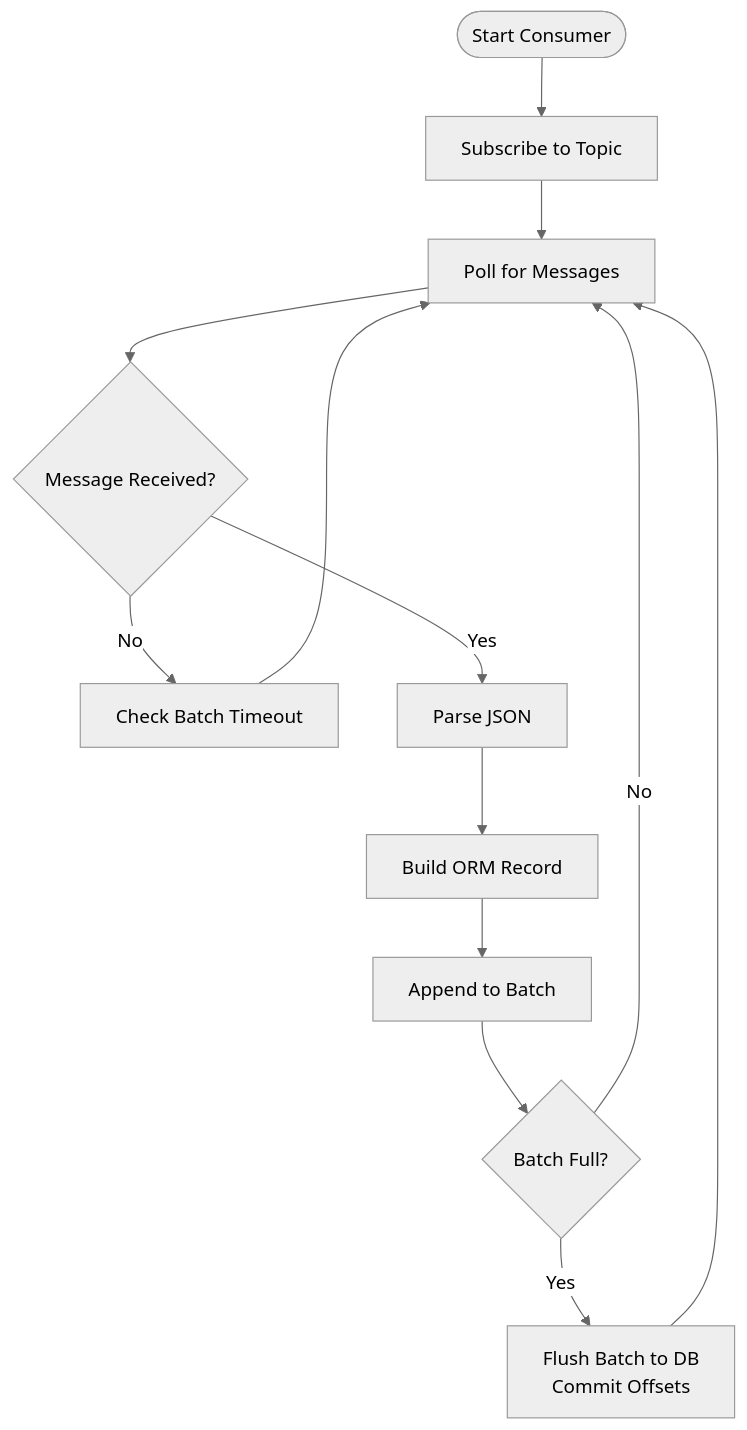
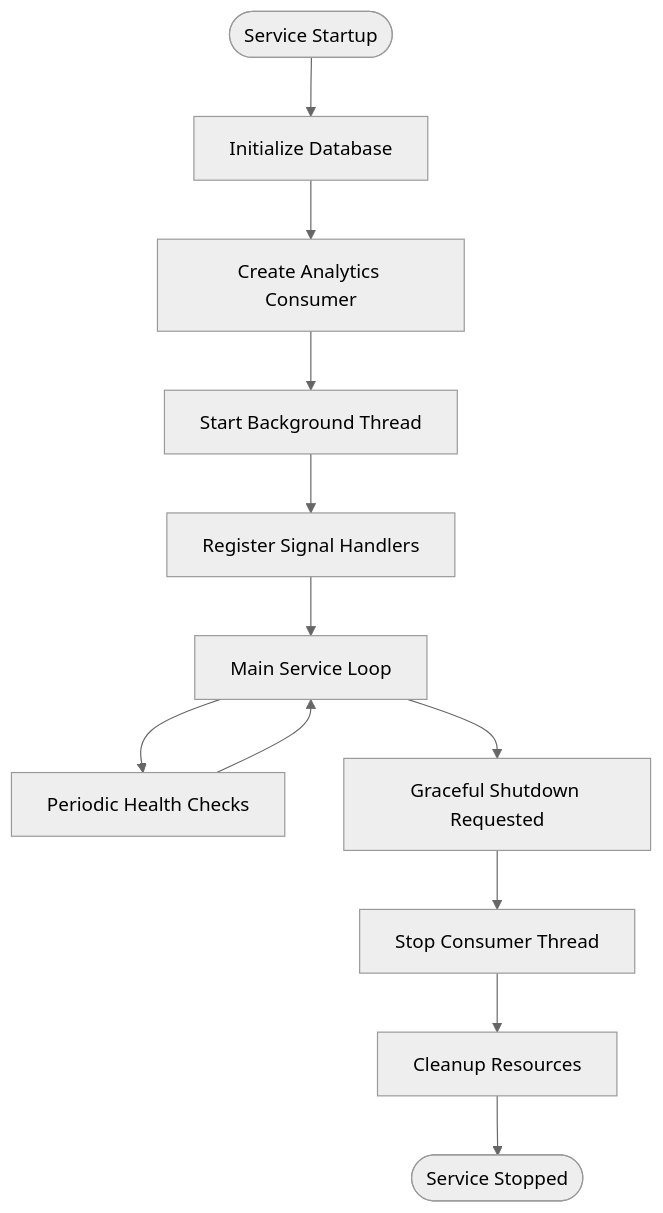
Before and after one commit to Azzoz-189/construction-equipment-monitoring: the fifth of 7 diagrams in .qoder/repowiki/en/content/Microservices Architecture/Microservices Architecture.md, drawn with Mermaid (neutral theme). The commit also changed other lines of this file and 6 other files, not shown here.

````diff
--- a/.qoder/repowiki/en/content/Microservices Architecture/Microservices Architecture.md
+++ b/.qoder/repowiki/en/content/Microservices Architecture/Microservices Architecture.md
@@ -251,14 +322,14 @@
 ```mermaid
 flowchart TD
-Start(["Start Consumer"]) --> Subscribe["Subscribe to Topic"]
-Subscribe --> Poll["Poll for Messages"]
-Poll --> HasMsg{"Message Received?"}
-HasMsg --> |No| Timeout["Check Batch Timeout"] --> Poll
-HasMsg --> |Yes| Decode["Parse JSON"]
-Decode --> Build["Build ORM Record"]
-Build --> Append["Append to Batch"]
-Append --> BatchFull{"Batch Full?"}
-BatchFull --> |Yes| Flush["Flush Batch to DB<br/>Commit Offsets"]
-BatchFull --> |No| Poll
-Flush --> Poll
+Start(["Service Startup"]) --> InitDB["Initialize Database"]
+InitDB --> CreateConsumer["Create Analytics Consumer"]
+CreateConsumer --> StartThread["Start Background Thread"]
+StartThread --> RegisterSignals["Register Signal Handlers"]
+RegisterSignals --> MainLoop["Main Service Loop"]
+MainLoop --> HealthCheck["Periodic Health Checks"]
+HealthCheck --> MainLoop
+MainLoop --> Shutdown["Graceful Shutdown Requested"]
+Shutdown --> StopConsumer["Stop Consumer Thread"]
+StopConsumer --> Cleanup["Cleanup Resources"]
+Cleanup --> End(["Service Stopped"])
 ```
````
